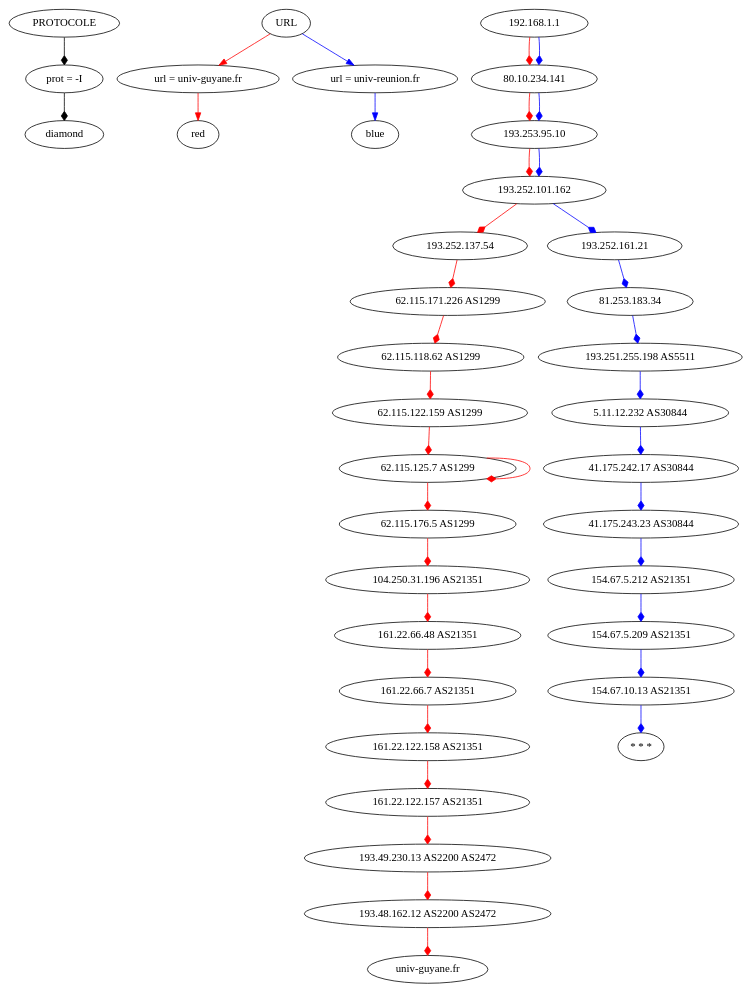
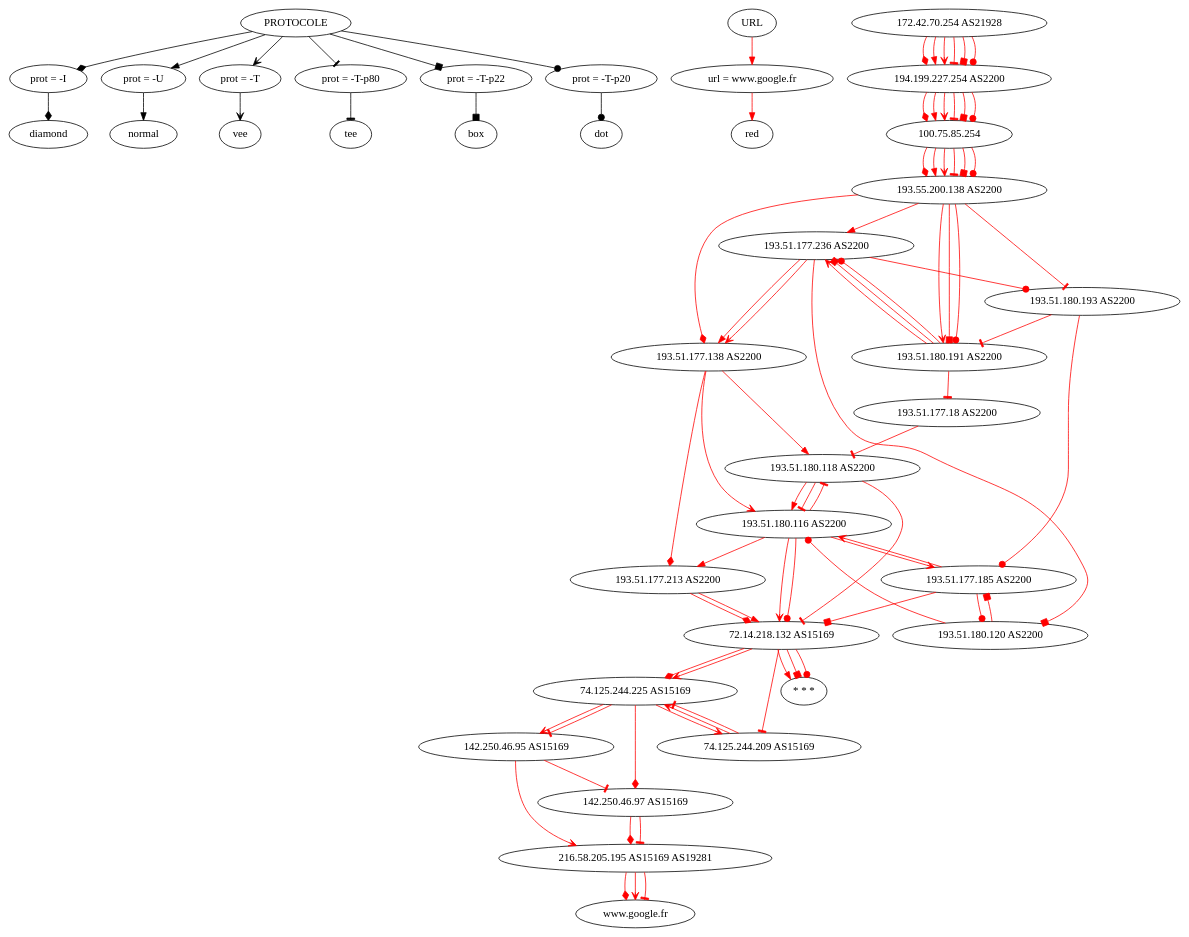
The diagram in script/traceroute/dote.dot (Arakio34/tomtraceroute), drawn with Graphviz before and after one commit. The commit also changed 14 other files, not shown here.

```diff
--- a/script/traceroute/dote.dot
+++ b/script/traceroute/dote.dot
@@ -1,8 +1,16 @@
 
 digraph A {
 "PROTOCOLE"->"prot = -I"->"diamond"[arrowhead=diamond]
- "URL" -> "url = univ-guyane.fr"->"red"[color=red]
- "URL" -> "url = univ-reunion.fr"->"blue"[color=blue]
-" 192.168.1.1"->" 80.10.234.141"->" 193.253.95.10"->" 193.252.101.162"->" 193.252.137.54"->" 62.115.171.226 AS1299"->" 62.115.118.62 AS1299"->" 62.115.122.159 AS1299"->" 62.115.125.7 AS1299"->" 62.115.125.7 AS1299"->" 62.115.176.5 AS1299"->" 104.250.31.196 AS21351"->" 161.22.66.48 AS21351"->" 161.22.66.7 AS21351"->" 161.22.122.158 AS21351"->" 161.22.122.157 AS21351"->" 193.49.230.13 AS2200 AS2472"->" 193.48.162.12 AS2200 AS2472"->"univ-guyane.fr"[arrowhead=diamond, color=red]
-" 192.168.1.1"->" 80.10.234.141"->" 193.253.95.10"->" 193.252.101.162"->" 193.252.161.21"->" 81.253.183.34"->" 193.251.255.198 AS5511"->" 5.11.12.232 AS30844"->" 41.175.242.17 AS30844"->" 41.175.243.23 AS30844"->" 154.67.5.212 AS21351"->" 154.67.5.209 AS21351"->" 154.67.10.13 AS21351"->"* * *"[arrowhead=diamond, color=blue]
+"PROTOCOLE"->"prot = -U"->"normal"[arrowhead=normal]
+"PROTOCOLE"->"prot = -T"->"vee"[arrowhead=vee]
+"PROTOCOLE"->"prot = -T-p80"->"tee"[arrowhead=tee]
+"PROTOCOLE"->"prot = -T-p22"->"box"[arrowhead=box]
+"PROTOCOLE"->"prot = -T-p20"->"dot"[arrowhead=dot]
+ "URL" -> "url = www.google.fr"->"red"[color=red]
+" 172.42.70.254 AS21928"->" 194.199.227.254 AS2200"->" 100.75.85.254"->" 193.55.200.138 AS2200"->" 193.51.177.138 AS2200"->" 193.51.177.213 AS2200"->" 72.14.218.132 AS15169"->" 74.125.244.225 AS15169"->" 142.250.46.97 AS15169"->" 216.58.205.195 AS15169 AS19281"->"www.google.fr"[arrowhead=diamond, color=red]
+" 172.42.70.254 AS21928"->" 194.199.227.254 AS2200"->" 100.75.85.254"->" 193.55.200.138 AS2200"->" 193.51.177.236 AS2200"->" 193.51.177.138 AS2200"->" 193.51.180.118 AS2200"->" 193.51.180.116 AS2200"->" 193.51.177.213 AS2200"->" 72.14.218.132 AS15169"->"* * *"[arrowhead=normal, color=red]
+" 172.42.70.254 AS21928"->" 194.199.227.254 AS2200"->" 100.75.85.254"->" 193.55.200.138 AS2200"->" 193.51.180.191 AS2200"->" 193.51.177.236 AS2200"->" 193.51.177.138 AS2200"->" 193.51.180.116 AS2200"->" 193.51.177.185 AS2200"->" 193.51.180.116 AS2200"->" 72.14.218.132 AS15169"->" 74.125.244.225 AS15169"->" 74.125.244.209 AS15169"->" 74.125.244.225 AS15169"->" 142.250.46.95 AS15169"->" 216.58.205.195 AS15169 AS19281"->"www.google.fr"[arrowhead=vee, color=red]
+" 172.42.70.254 AS21928"->" 194.199.227.254 AS2200"->" 100.75.85.254"->" 193.55.200.138 AS2200"->" 193.51.180.193 AS2200"->" 193.51.180.191 AS2200"->" 193.51.177.18 AS2200"->" 193.51.180.118 AS2200"->" 193.51.180.116 AS2200"->" 193.51.180.118 AS2200"->" 72.14.218.132 AS15169"->" 74.125.244.209 AS15169"->" 74.125.244.225 AS15169"->" 142.250.46.95 AS15169"->" 142.250.46.97 AS15169"->" 216.58.205.195 AS15169 AS19281"->"www.google.fr"[arrowhead=tee, color=red]
+" 172.42.70.254 AS21928"->" 194.199.227.254 AS2200"->" 100.75.85.254"->" 193.55.200.138 AS2200"->" 193.51.180.191 AS2200"->" 193.51.177.236 AS2200"->" 193.51.180.120 AS2200"->" 193.51.177.185 AS2200"->" 72.14.218.132 AS15169"->"* * *"[arrowhead=box, color=red]
+" 172.42.70.254 AS21928"->" 194.199.227.254 AS2200"->" 100.75.85.254"->" 193.55.200.138 AS2200"->" 193.51.180.191 AS2200"->" 193.51.177.236 AS2200"->" 193.51.180.193 AS2200"->" 193.51.177.185 AS2200"->" 193.51.180.120 AS2200"->" 193.51.180.116 AS2200"->" 72.14.218.132 AS15169"->"* * *"[arrowhead=dot, color=red]
 }
```
